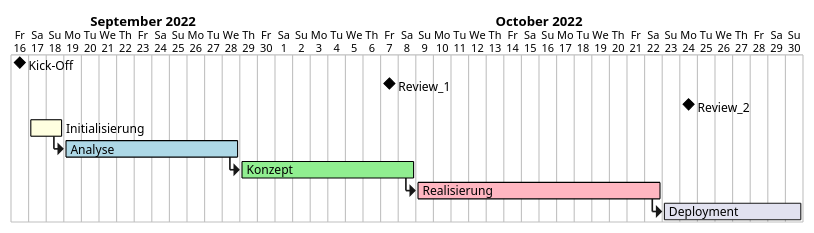
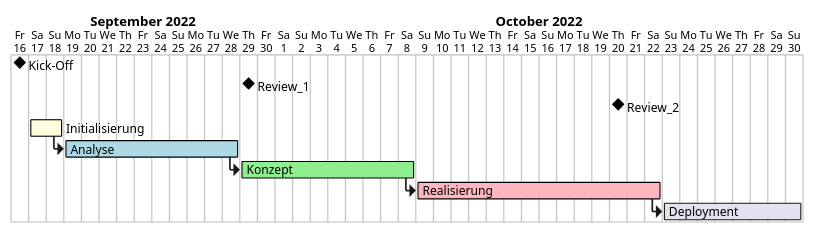
Before and after one commit to Fr0sTieCH/Diplomarbeit: the diagram in documentation/content/diagrams/gantt/roughtPlanning.wsd, drawn with PlantUML. The commit also changed 58 other files, not shown here.

```diff
--- a/documentation/content/diagrams/gantt/roughtPlanning.wsd
+++ b/documentation/content/diagrams/gantt/roughtPlanning.wsd
@@ -1,31 +1,31 @@
 @startgantt roughtPlanning
 
 hide footbox
 printscale daily zoom 1
 project starts the 2022/09/16
 
 'EVENTS:
 [Kick-Off] happens at 2022/09/16
-[Review_1] happens at 2022/10/7
-[Review_2] happens at 2022/10/24
+[Review_1] happens at 2022/09/29
+[Review_2] happens at 2022/10/20
 
 'TASKS:
 [Initialisierung] lasts 2 days
 [Analyse] lasts 10 days
 [Konzept] lasts 10 days
 [Realisierung] lasts 14 days
 [Deployment] lasts 8 days
 
 'PLANNING
 [Initialisierung] starts the 2022/09/17
 [Analyse] starts at [Initialisierung]'s end
 [Konzept] starts at [Analyse]'s end
 [Realisierung] starts at [Konzept]'s end
 [Deployment] starts at [Realisierung]'s end
 
 'COLORS
 [Initialisierung] is colored in LightYellow/Black
 [Analyse] is colored in LightBlue/Black
 [Konzept] is colored in LightGreen/Black
 [Realisierung] is colored in LightPink/Black 
 @endgantt
```
